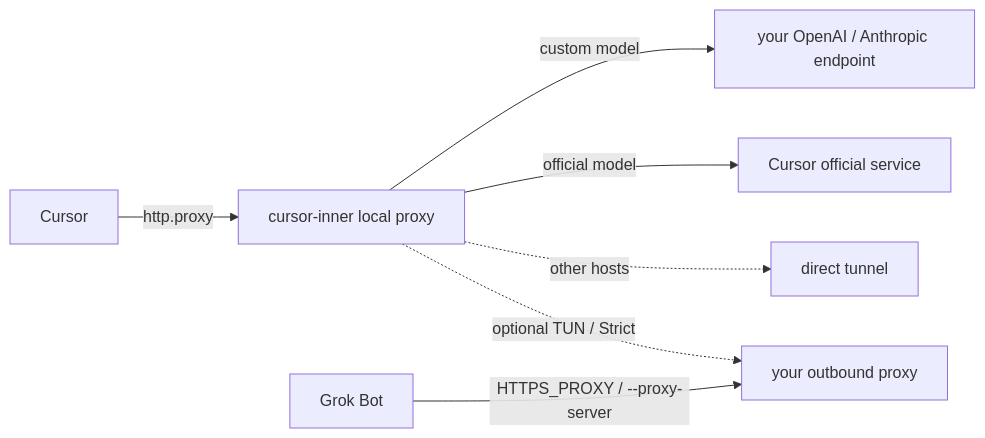
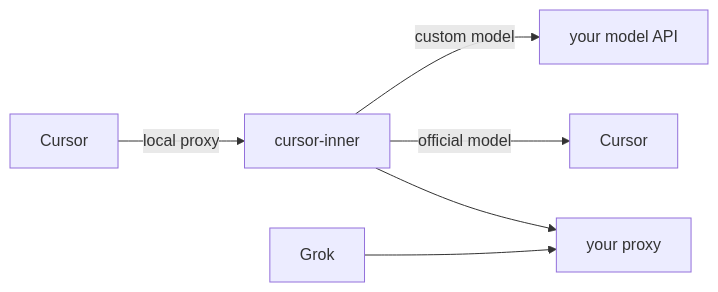
The diagram in README.en.md (CSGrandeur/cursor-inner), drawn with Mermaid before and after one commit. The commit also changed other lines of this file and 86 other files, not shown here.

First line of the commit message:
cursor-inner v0.5.4

````diff
--- a/README.en.md
+++ b/README.en.md
@@ -151,9 +132,8 @@
 ```mermaid
 flowchart LR
-    Cursor -->|http.proxy| CI["cursor-inner local proxy"]
-    CI -->|custom model| YourAPI["your OpenAI / Anthropic endpoint"]
-    CI -->|official model| Official["Cursor official service"]
-    CI -. other hosts .-> Tunnel["direct tunnel"]
-    Grok["Grok Bot"] -->|HTTPS_PROXY / --proxy-server| Proxy["your outbound proxy"]
-    CI -. optional TUN / Strict .-> Proxy
+    Cursor -->|local proxy| CI["cursor-inner"]
+    CI -->|custom model| YourAPI["your model API"]
+    CI -->|official model| Official["Cursor"]
+    Grok["Grok"] --> Proxy["your proxy"]
+    CI --> Proxy
 ```
````
